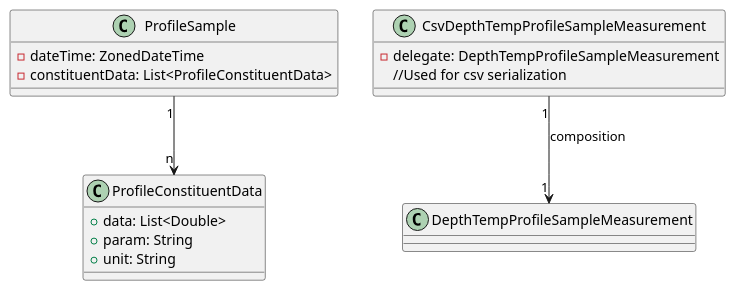
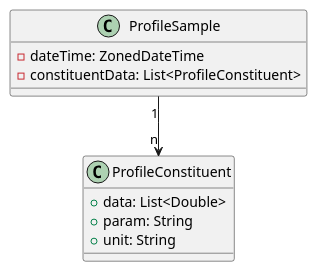
The diagram in docs/WQ Profile.puml (fnufferrodriguez/Merlin-to-HEC), drawn with PlantUML before and after one commit. The commit also changed 12 other files, not shown here.

```diff
--- a/docs/WQ Profile.puml
+++ b/docs/WQ Profile.puml
@@ -1,22 +1,17 @@
 @startuml
 
 class ProfileSample {
     - dateTime: ZonedDateTime
-    - constituentData: List<ProfileConstituentData>
+    - constituentData: List<ProfileConstituent>
 }
 
-class ProfileConstituentData {
+class ProfileConstituent {
     + data: List<Double>
     + param: String
     + unit: String
 }
 
-class CsvDepthTempProfileSampleMeasurement {
-    - delegate: DepthTempProfileSampleMeasurement
-    //Used for csv serialization
-}
 
-ProfileSample"1" --> "n"ProfileConstituentData
-CsvDepthTempProfileSampleMeasurement "1"--> "1" DepthTempProfileSampleMeasurement : composition
+ProfileSample"1" --> "n"ProfileConstituent
 
 @enduml
```
